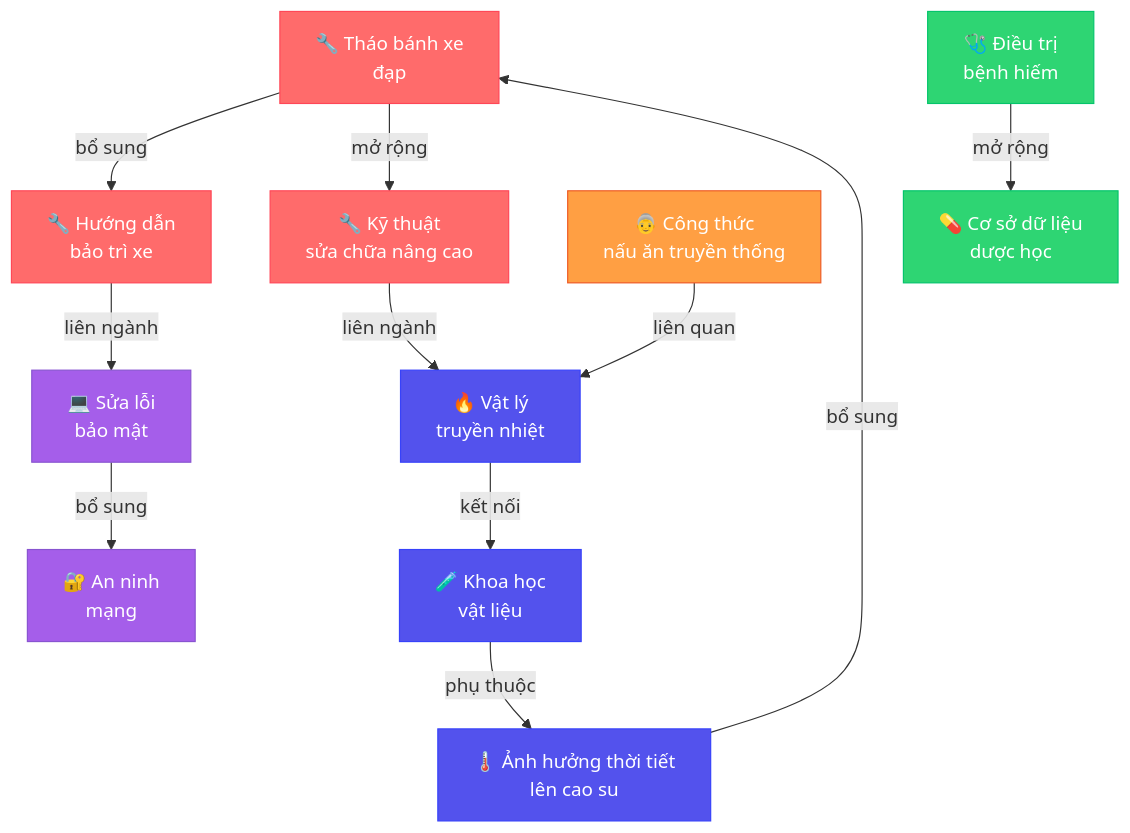
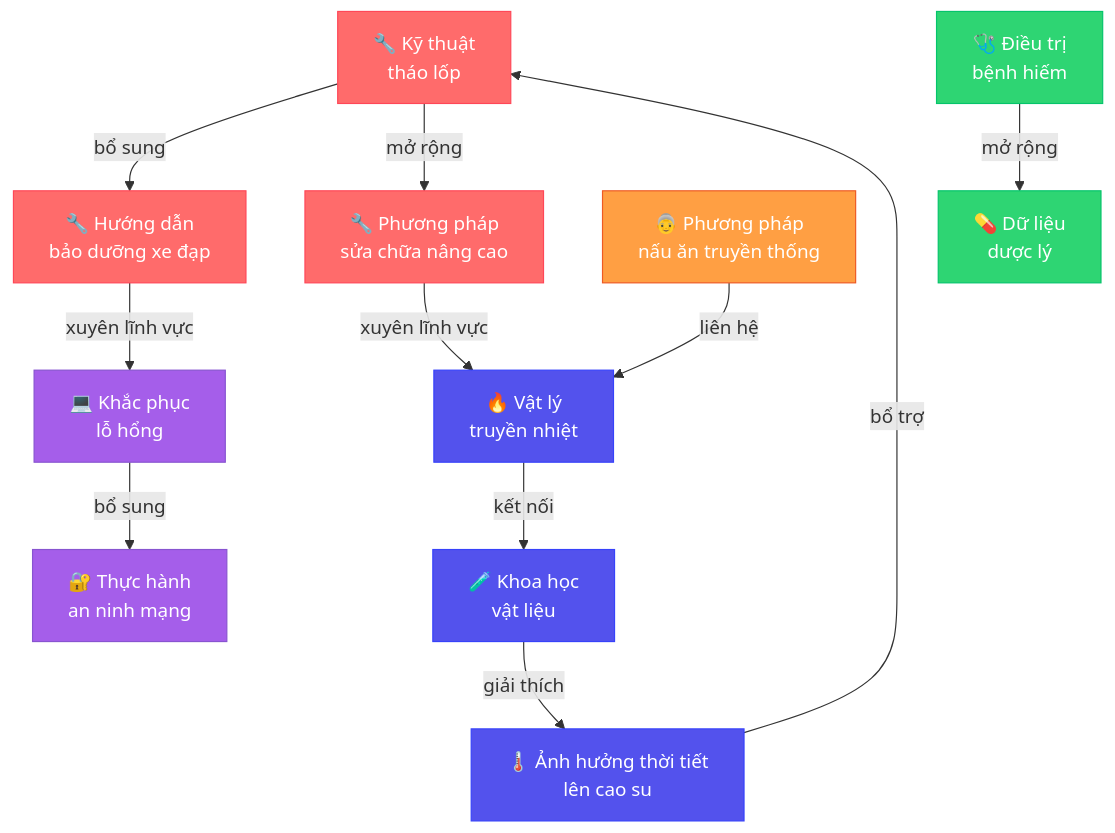
Before and after one commit to shpy2001gemi/OneBrain: the first of 4 diagrams in README.vi.md, drawn with Mermaid. The commit also changed other lines of this file and 1 other file, not shown here.

````diff
--- a/README.vi.md
+++ b/README.vi.md
@@ -252,25 +279,25 @@
 ```mermaid
 graph TD
-    A["🔧 Tháo bánh xe<br/>đạp"] -->|"bổ sung"| B["🔧 Hướng dẫn<br/>bảo trì xe"]
-    A -->|"mở rộng"| C["🔧 Kỹ thuật<br/>sửa chữa nâng cao"]
-    D["🌡️ Ảnh hưởng thời tiết<br/>lên cao su"] -->|"bổ sung"| A
-    E["🧪 Khoa học<br/>vật liệu"] -->|"phụ thuộc"| D
-    F["👵 Công thức<br/>nấu ăn truyền thống"] -->|"liên quan"| G["🔥 Vật lý<br/>truyền nhiệt"]
-    G -->|"kết nối"| E
-    H["🩺 Điều trị<br/>bệnh hiếm"] -->|"mở rộng"| I["💊 Cơ sở dữ liệu<br/>dược học"]
-    J["💻 Sửa lỗi<br/>bảo mật"] -->|"bổ sung"| K["🔐 An ninh<br/>mạng"]
-    C -->|"liên ngành"| G
-    B -->|"liên ngành"| J
+    A["🔧 Kỹ thuật<br/>tháo lốp"] -->|bổ sung| B["🔧 Hướng dẫn<br/>bảo dưỡng xe đạp"]
+    A -->|mở rộng| C["🔧 Phương pháp<br/>sửa chữa nâng cao"]
+    D["🌡️ Ảnh hưởng thời tiết<br/>lên cao su"] -->|bổ trợ| A
+    E["🧪 Khoa học<br/>vật liệu"] -->|giải thích| D
+    F["👵 Phương pháp<br/>nấu ăn truyền thống"] -->|liên hệ| G["🔥 Vật lý<br/>truyền nhiệt"]
+    G -->|kết nối| E
+    H["🩺 Điều trị<br/>bệnh hiếm"] -->|mở rộng| I["💊 Dữ liệu<br/>dược lý"]
+    J["💻 Khắc phục<br/>lỗ hổng"] -->|bổ sung| K["🔐 Thực hành<br/>an ninh mạng"]
+    C -->|xuyên lĩnh vực| G
+    B -->|xuyên lĩnh vực| J
 
     style A fill:#ff6b6b,stroke:#ff4757,color:#fff
     style B fill:#ff6b6b,stroke:#ff4757,color:#fff
     style C fill:#ff6b6b,stroke:#ff4757,color:#fff
     style D fill:#5352ed,stroke:#3742fa,color:#fff
     style E fill:#5352ed,stroke:#3742fa,color:#fff
     style F fill:#ff9f43,stroke:#ee5a24,color:#fff
     style G fill:#5352ed,stroke:#3742fa,color:#fff
     style H fill:#2ed573,stroke:#05c46b,color:#fff
     style I fill:#2ed573,stroke:#05c46b,color:#fff
     style J fill:#a55eea,stroke:#8854d0,color:#fff
     style K fill:#a55eea,stroke:#8854d0,color:#fff
 ```
````
